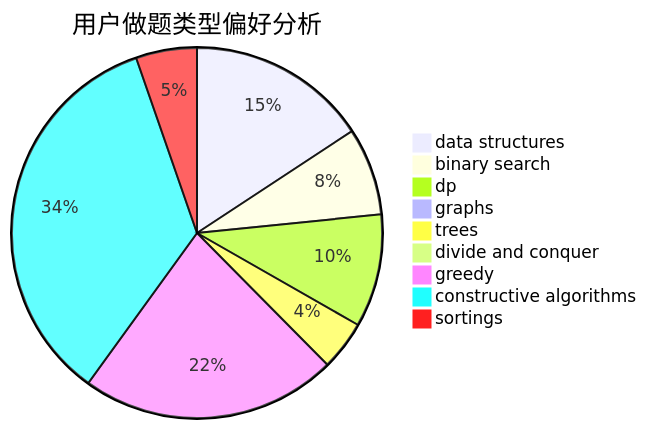
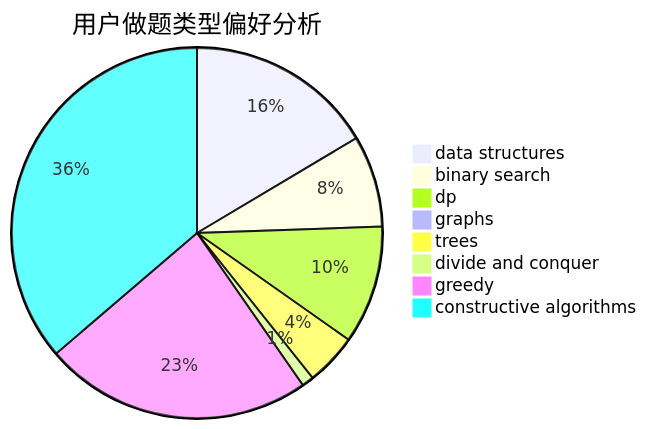
The second of 3 diagrams in docs/user/u505.md (sherpahu/cfrs.github.io), drawn with Mermaid before and after one commit. The commit also changed other lines of this file and 2769 other files, not shown here.

````diff
--- a/docs/user/u505.md
+++ b/docs/user/u505.md
@@ -18,12 +18,11 @@
 ```mermaid
 pie title 用户做题类型偏好分析
     "data structures" :  142
     "binary search" :  69
     "dp" :  89
     "graphs" :  8
     "trees" :  39
     "divide and conquer" :  9
     "greedy" :  202
     "constructive algorithms" :  313
-    "sortings" :  48
 ```
````
